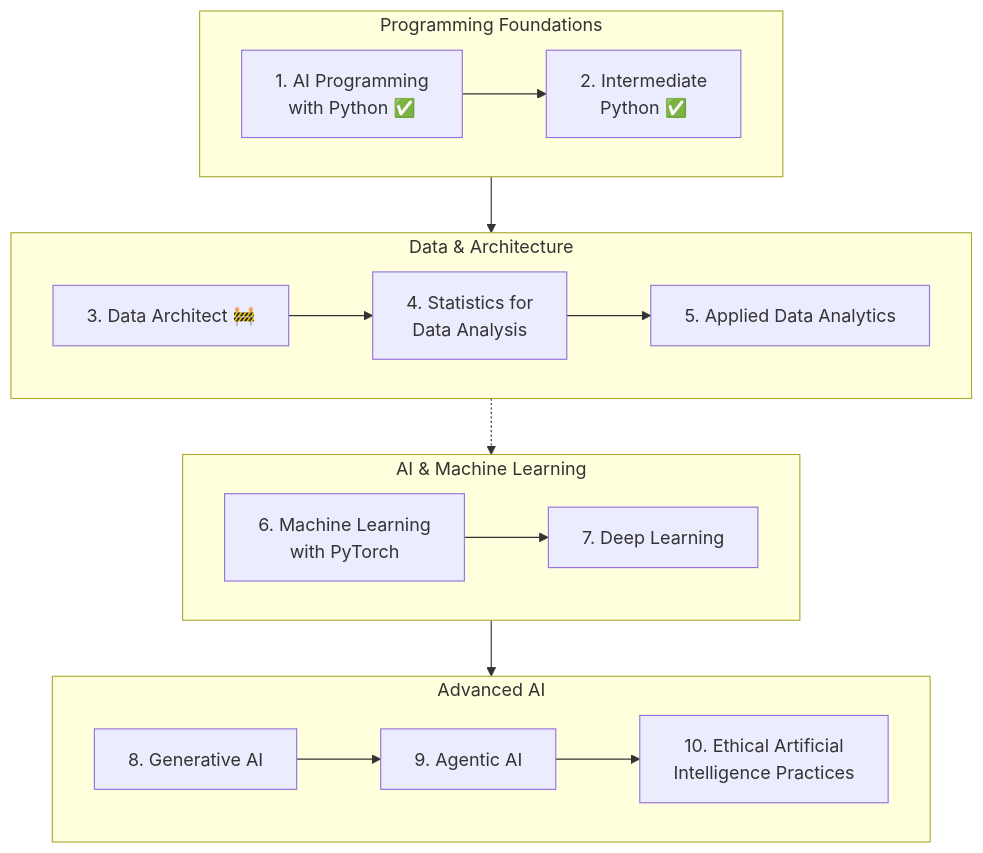
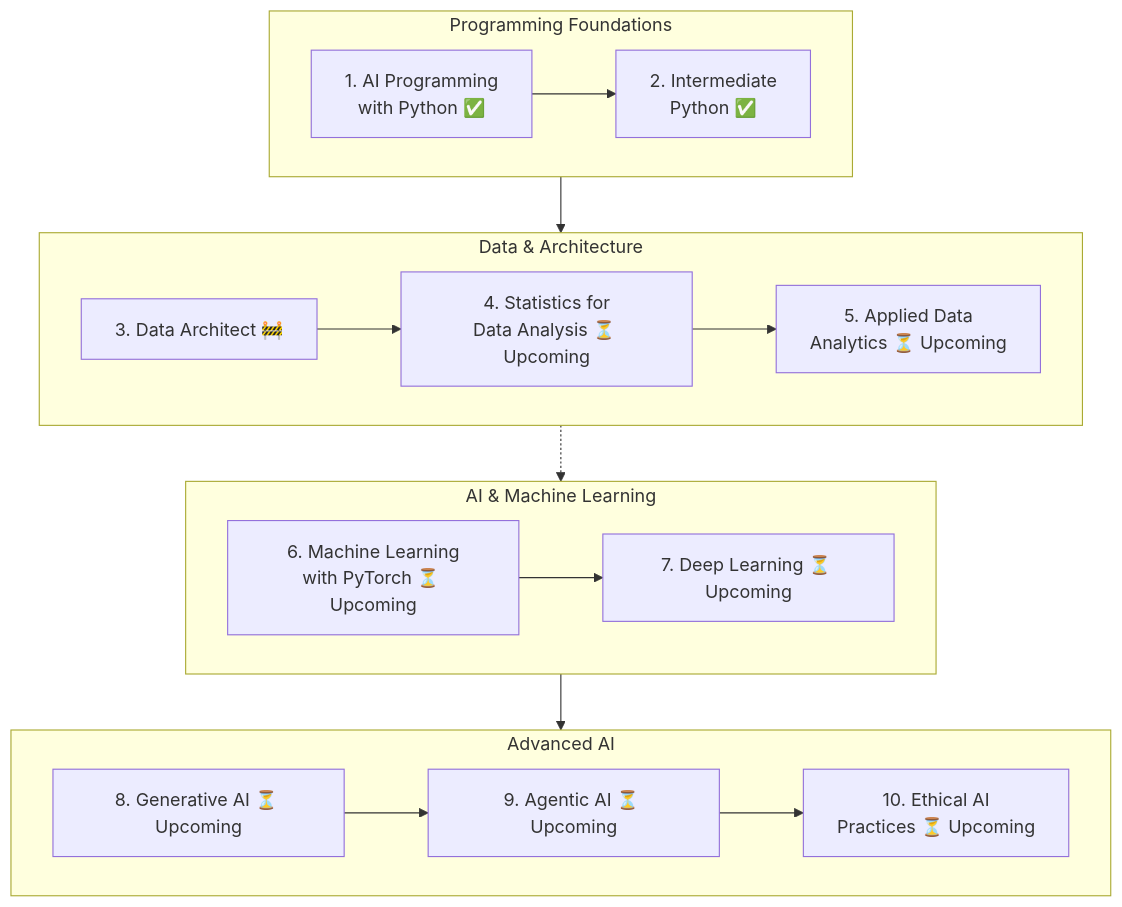
Before and after one commit to SwimLane2/udacity-ai-masters: the diagram in README.md, drawn with Mermaid.

````diff
--- a/README.md
+++ b/README.md
@@ -41,50 +41,51 @@
 ```mermaid
 flowchart TB
 
  subgraph subGraph0["Programming Foundations"]
         A["1. AI Programming
 with Python ✅"]
 
         B["2. Intermediate
 Python ✅"]
  end
 
  subgraph subGraph1["Data & Architecture"]
         C["3. Data Architect 🚧"]
 
         D["4. Statistics for
-Data Analysis"]
+Data Analysis ⏳ Upcoming"]
 
-        E["5. Applied Data Analytics"]
+        E["5. Applied Data 
+Analytics ⏳ Upcoming"]
  end
 
  subgraph subGraph2["AI & Machine Learning"]
         F["6. Machine Learning
-with PyTorch"]
+with PyTorch ⏳ Upcoming"]
 
-        G["7. Deep Learning"]
+        G["7. Deep Learning ⏳ Upcoming"]
  end
 
  subgraph subGraph3["Advanced AI"]
-        H["8. Generative AI"]
+        H["8. Generative AI ⏳ Upcoming"]
 
-        I["9. Agentic AI"]
+        I["9. Agentic AI ⏳ Upcoming"]
 
-        J["10. Ethical Artificial
-Intelligence Practices"]
+        J["10. Ethical AI
+Practices ⏳ Upcoming"]
  end
 
     A --> B
 
     C --> D
     D --> E
 
     F --> G
 
     H --> I
     I --> J
 
     subGraph0 --> subGraph1
     subGraph1 -.-> subGraph2
     subGraph2 --> subGraph3
 ```
````
